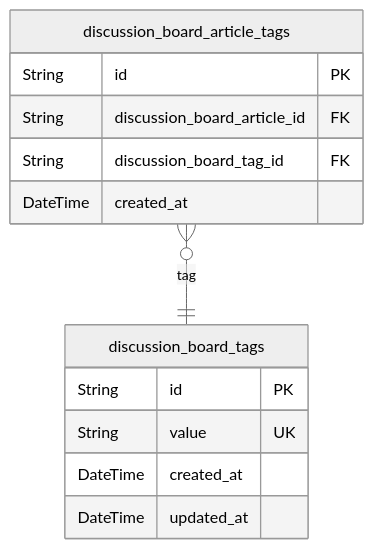
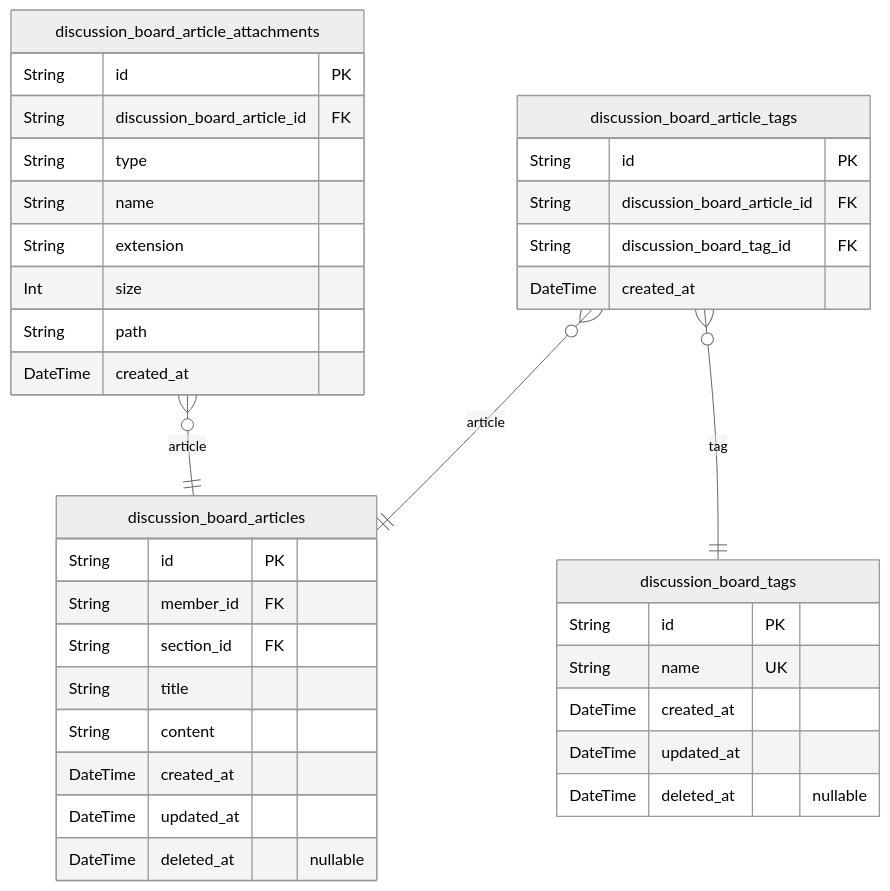
The third of 5 diagrams in z-ai/glm-5/bbs/docs/ERD.md (wrtnlabs/autobe-examples), drawn with Mermaid (neutral theme) before and after one commit. The commit also changed other lines of this file and 17098 other files, not shown here.

````diff
--- a/z-ai/glm-5/bbs/docs/ERD.md
+++ b/z-ai/glm-5/bbs/docs/ERD.md
@@ -785,16 +549,39 @@
 ```mermaid
 erDiagram
+"discussion_board_articles" {
+  String id PK
+  String member_id FK
+  String section_id FK
+  String title
+  String content
+  DateTime created_at
+  DateTime updated_at
+  DateTime deleted_at "nullable"
+}
 "discussion_board_tags" {
   String id PK
-  String value UK
+  String name UK
   DateTime created_at
   DateTime updated_at
+  DateTime deleted_at "nullable"
 }
 "discussion_board_article_tags" {
   String id PK
   String discussion_board_article_id FK
   String discussion_board_tag_id FK
   DateTime created_at
 }
+"discussion_board_article_attachments" {
+  String id PK
+  String discussion_board_article_id FK
+  String type
+  String name
+  String extension
+  Int size
+  String path
+  DateTime created_at
+}
+"discussion_board_article_tags" }o--|| "discussion_board_articles" : article
 "discussion_board_article_tags" }o--|| "discussion_board_tags" : tag
+"discussion_board_article_attachments" }o--|| "discussion_board_articles" : article
 ```
````
